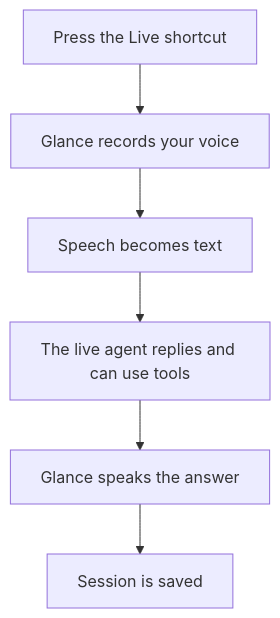
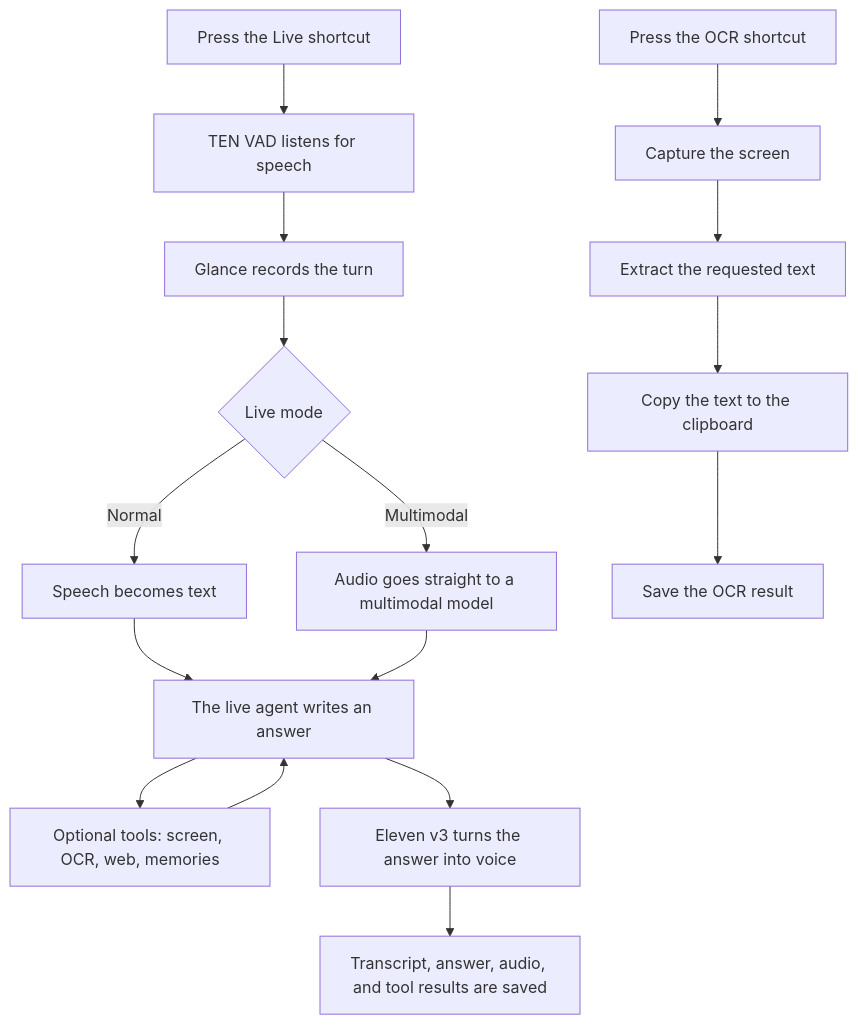
One commit to Max-109/Glance changed the diagram in README.md. Above: the diagram before and after it, drawn with Mermaid. The commit also changed other lines of this file, not shown here.

````diff
--- a/README.md
+++ b/README.md
@@ -32,11 +32,27 @@
 ```mermaid
 flowchart TD
-    Shortcut[Press the Live shortcut]
-    Record[Glance records your voice]
-    Transcribe[Speech becomes text]
-    Agent[The live agent replies and can use tools]
-    Voice[Glance speaks the answer]
-    History[Session is saved]
+    LiveShortcut[Press the Live shortcut]
+    Vad[TEN VAD listens for speech]
+    Recording[Glance records the turn]
+    Mode{Live mode}
+    Transcription[Speech becomes text]
+    Multimodal[Audio goes straight to a multimodal model]
+    Agent[The live agent writes an answer]
+    Tools[Optional tools: screen, OCR, web, memories]
+    Speech[Eleven v3 turns the answer into voice]
+    Saved[Transcript, answer, audio, and tool results are saved]
 
-    Shortcut --> Record --> Transcribe --> Agent --> Voice --> History
+    OcrShortcut[Press the OCR shortcut]
+    Screen[Capture the screen]
+    Extract[Extract the requested text]
+    Clipboard[Copy the text to the clipboard]
+    OcrSaved[Save the OCR result]
+
+    LiveShortcut --> Vad --> Recording --> Mode
+    Mode -->|Normal| Transcription --> Agent
+    Mode -->|Multimodal| Multimodal --> Agent
+    Agent --> Tools --> Agent
+    Agent --> Speech --> Saved
+
+    OcrShortcut --> Screen --> Extract --> Clipboard --> OcrSaved
 ```
````
